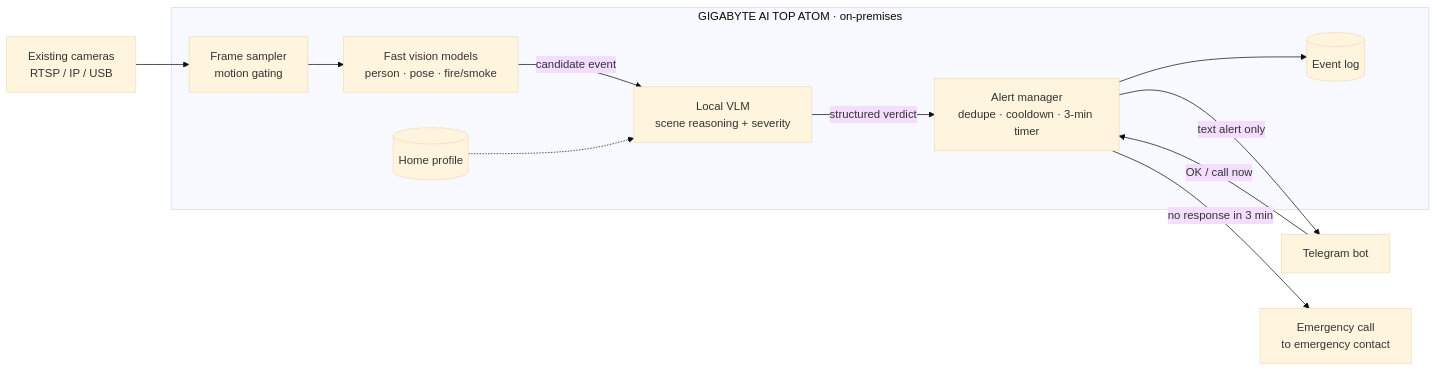
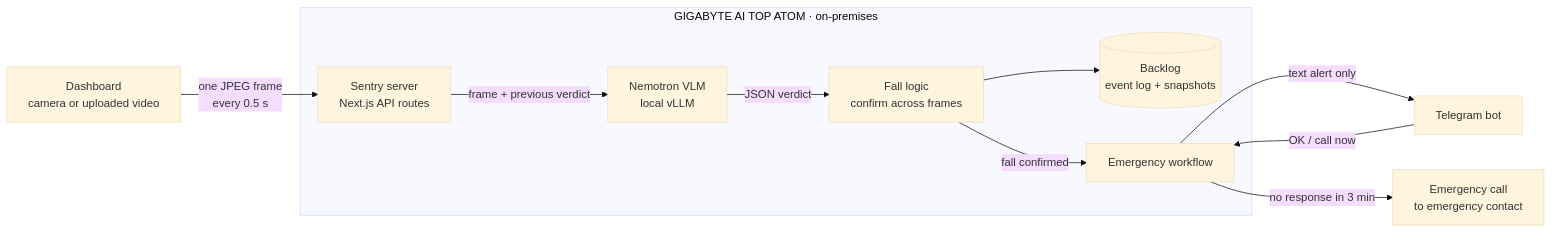
One commit to derek2403/sentry changed the second of 2 diagrams in README.md. Above: the diagram before and after it, drawn with Mermaid (base theme). The commit also changed other lines of this file and 41 other files, not shown here.

First line of the commit message:
feat: Next.js dashboard with frame-by-frame fall detection using Nemotron Omni

````diff
--- a/README.md
+++ b/README.md
@@ -78,16 +78,15 @@
 ```mermaid
 flowchart LR
-    CAM["Existing cameras<br/>RTSP / IP / USB"] --> SAMPLE
+    CAM["Dashboard<br/>camera or uploaded video"] -->|"one JPEG frame<br/>every 0.5 s"| API
 
     subgraph ATOM["GIGABYTE AI TOP ATOM · on-premises"]
-        SAMPLE["Frame sampler<br/>motion gating"] --> FAST["Fast vision models<br/>person · pose · fire/smoke"]
-        FAST -->|candidate event| VLM["Local VLM<br/>scene reasoning + severity"]
-        CTX[("Home profile")] -.-> VLM
-        VLM -->|structured verdict| MGR["Alert manager<br/>dedupe · cooldown · 3-min timer"]
-        MGR --> LOG[("Event log")]
+        API["Sentry server<br/>Next.js API routes"] -->|"frame + previous verdict"| NEM["Nemotron VLM<br/>local vLLM"]
+        NEM -->|"JSON verdict"| FALL["Fall logic<br/>confirm across frames"]
+        FALL --> LOG[("Backlog<br/>event log + snapshots")]
+        FALL -->|"fall confirmed"| WF["Emergency workflow"]
     end
 
-    MGR -->|text alert only| TG["Telegram bot"]
-    TG -->|OK / call now| MGR
-    MGR -->|no response in 3 min| CALL["Emergency call<br/>to emergency contact"]
+    WF -->|text alert only| TG["Telegram bot"]
+    TG -->|OK / call now| WF
+    WF -->|no response in 3 min| CALL["Emergency call<br/>to emergency contact"]
 ```
````
